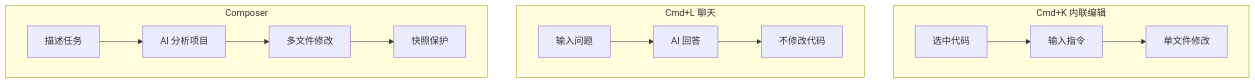
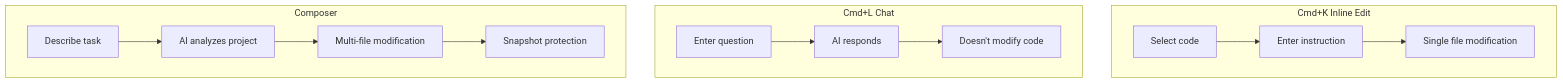
Before and after one commit to DDR187/cursor-howto: the third of 6 diagrams in 05-composer/README.md, drawn with Mermaid. The commit also changed other lines of this file and 22 other files, not shown here.

````diff
--- a/05-composer/README.md
+++ b/05-composer/README.md
@@ -83,18 +83,18 @@
 ```mermaid
 flowchart TB
-    subgraph CmdK["Cmd+K 内联编辑"]
-        K1[选中代码] --> K2[输入指令]
-        K2 --> K3[单文件修改]
+    subgraph CmdK["Cmd+K Inline Edit"]
+        K1[Select code] --> K2[Enter instruction]
+        K2 --> K3[Single file modification]
     end
     
-    subgraph CmdL["Cmd+L 聊天"]
-        L1[输入问题] --> L2[AI 回答]
-        L2 --> L3[不修改代码]
+    subgraph CmdL["Cmd+L Chat"]
+        L1[Enter question] --> L2[AI responds]
+        L2 --> L3[Doesn't modify code]
     end
     
     subgraph Composer["Composer"]
-        C1[描述任务] --> C2[AI 分析项目]
-        C2 --> C3[多文件修改]
-        C3 --> C4[快照保护]
+        C1[Describe task] --> C2[AI analyzes project]
+        C2 --> C3[Multi-file modification]
+        C3 --> C4[Snapshot protection]
     end
 ```
````
